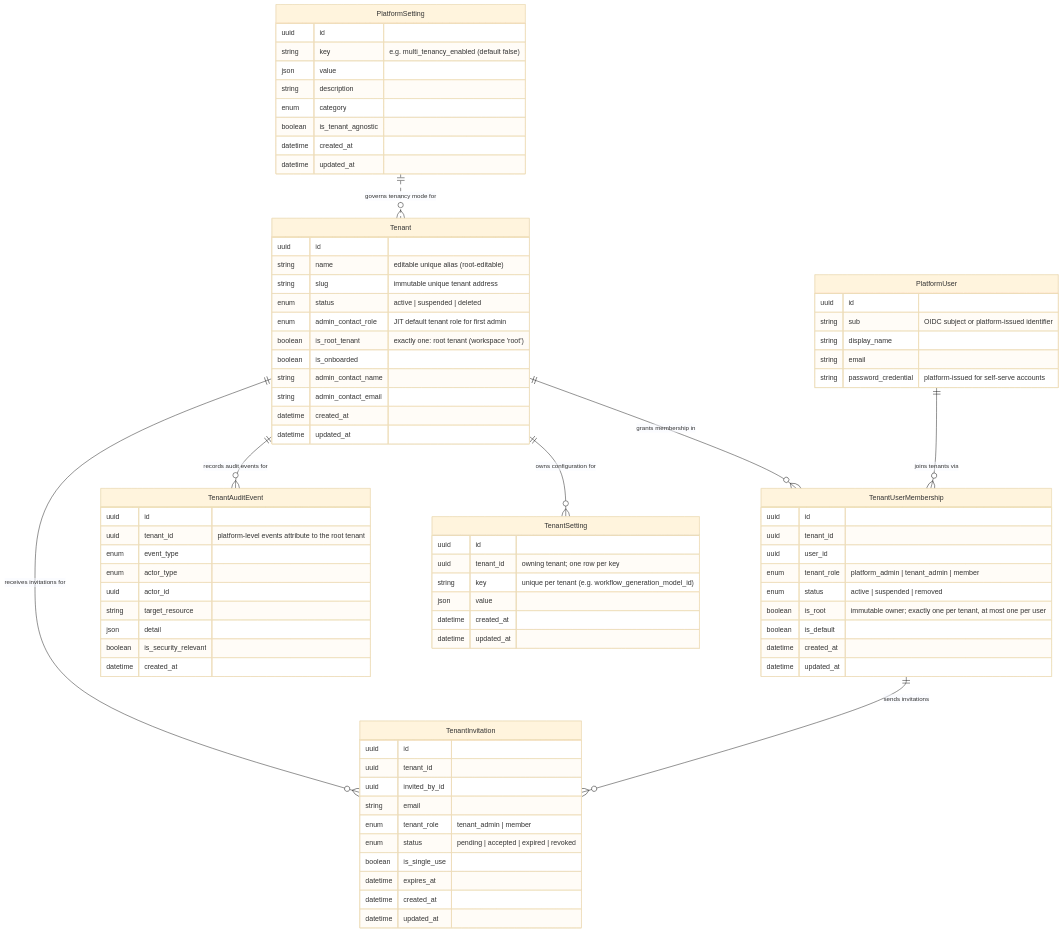
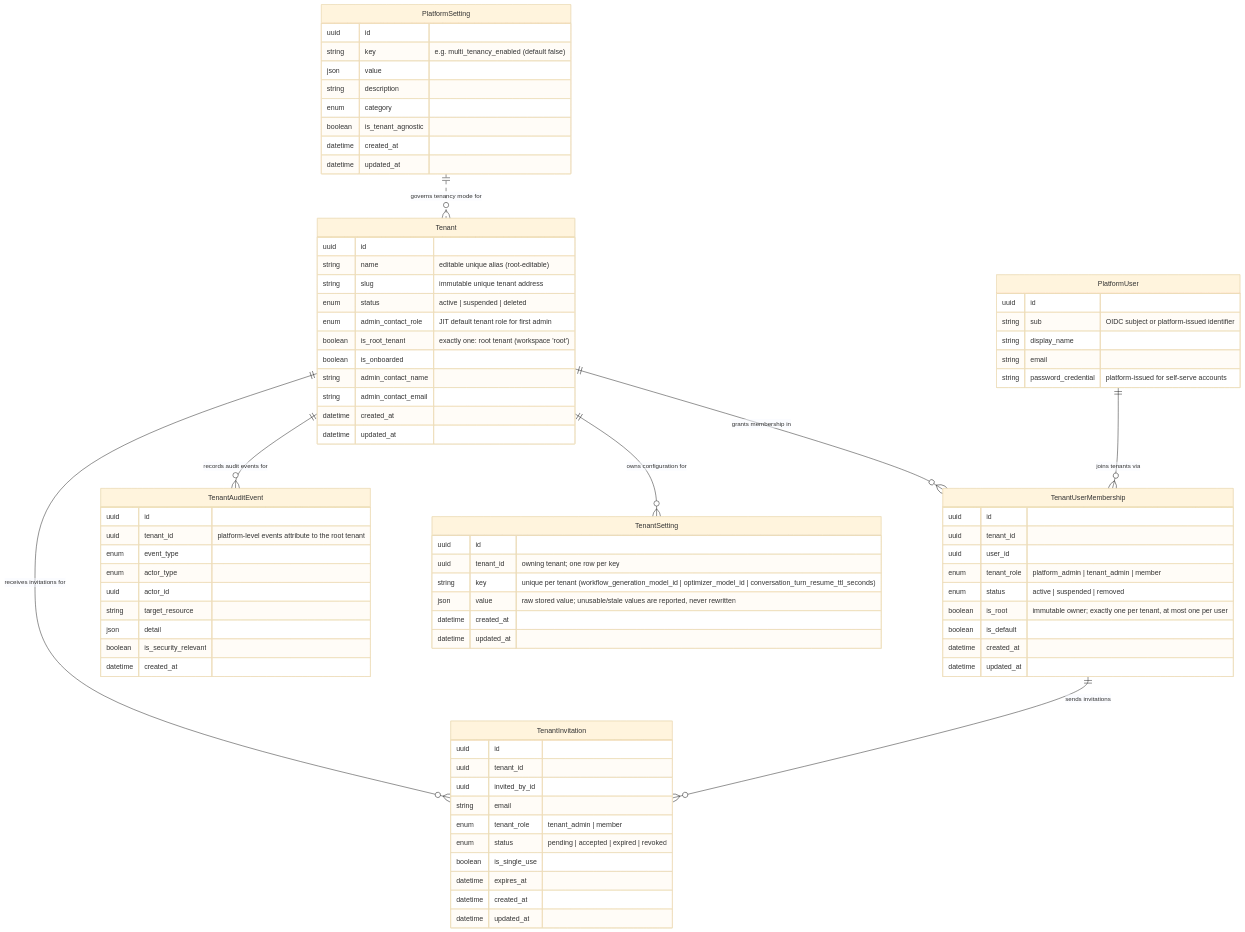
Before and after one commit to hurungang/parthenon: the diagram in docs/master/data-model/modules/tenancy/entities.md, drawn with Mermaid (base theme). The commit also changed other lines of this file and 414 other files, not shown here.

```diff
--- a/docs/master/data-model/modules/tenancy/entities.md
+++ b/docs/master/data-model/modules/tenancy/entities.md
@@ -73,8 +75,8 @@
     TenantSetting {
         uuid id
         uuid tenant_id "owning tenant; one row per key"
-        string key "unique per tenant (e.g. workflow_generation_model_id)"
-        json value
+        string key "unique per tenant (workflow_generation_model_id | optimizer_model_id | conversation_turn_resume_ttl_seconds)"
+        json value "raw stored value; unusable/stale values are reported, never rewritten"
         datetime created_at
         datetime updated_at
     }
```
